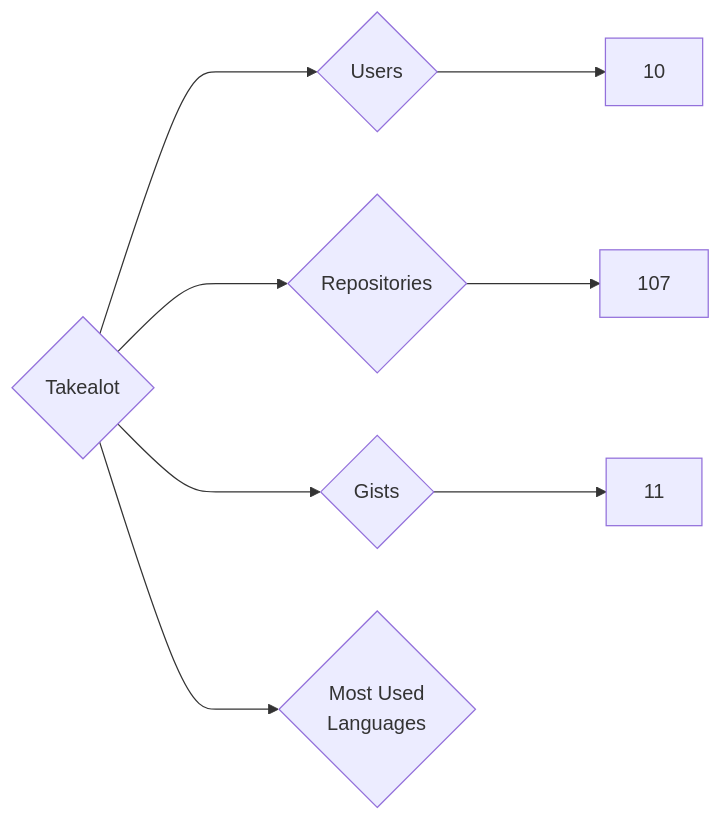
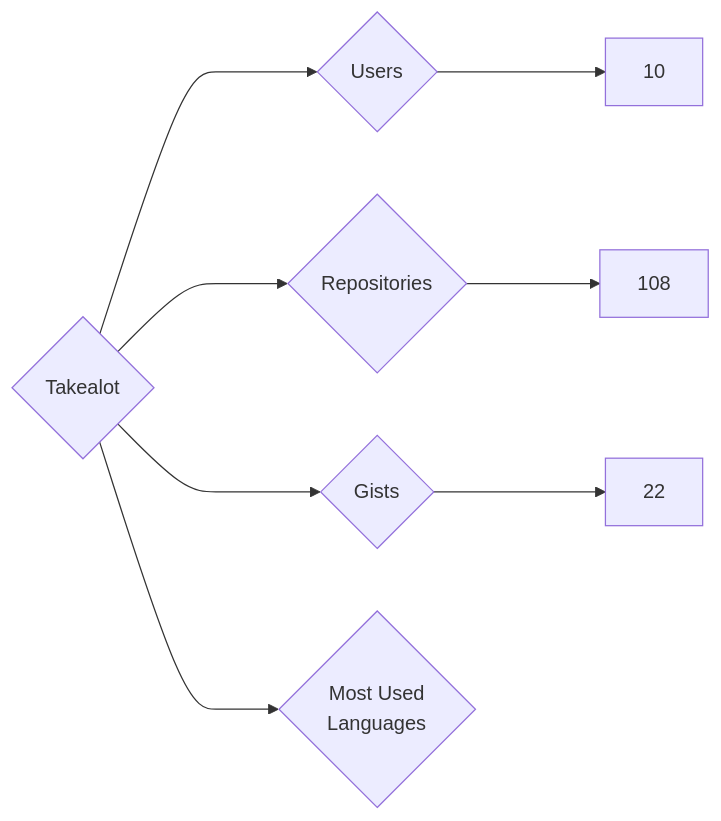
Before and after one commit to nenadzaric/insiders: the diagram in targets/Takealot/README.md, drawn with Mermaid. The commit also changed 1342 other files, not shown here.

````diff
--- a/targets/Takealot/README.md
+++ b/targets/Takealot/README.md
@@ -3,8 +3,8 @@
 ```mermaid
 graph LR
 COMPANY_NAME{Takealot}
 COMPANY_NAME ---> U{Users} ---> UN[10]
-COMPANY_NAME ---> R{Repositories} ---> RN[107]
-COMPANY_NAME ---> G{Gists} ---> GN[11]
+COMPANY_NAME ---> R{Repositories} ---> RN[108]
+COMPANY_NAME ---> G{Gists} ---> GN[22]
 COMPANY_NAME ---> ML{Most Used<br>Languages}
 ```
````
